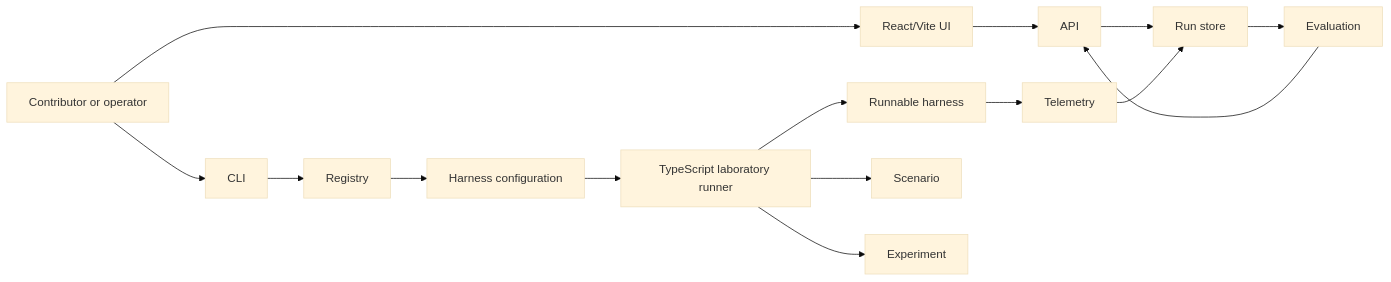
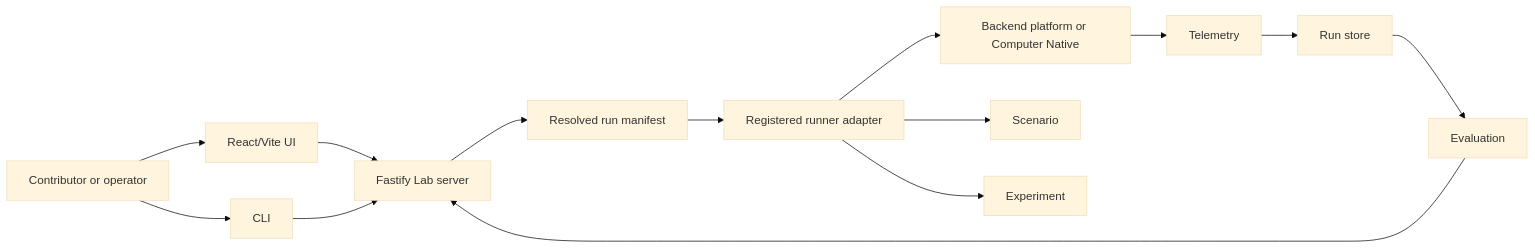
The second of 2 diagrams in docs/architecture/system-overview.md (iamenochchirima/agents-lab), drawn with Mermaid (base theme) before and after one commit. The commit also changed other lines of this file and 126 other files, not shown here.

Commit message:
chore: establish computer native architecture

````diff
--- a/docs/architecture/system-overview.md
+++ b/docs/architecture/system-overview.md
@@ -55,31 +54,29 @@
 ```mermaid
 flowchart LR
   User[Contributor or operator]
   UI[React/Vite UI]
   CLI[CLI]
-  API[API]
-  Registry[Registry]
-  Runner[TypeScript laboratory runner]
-  Config[Harness configuration]
-  Harness[Runnable harness]
+  Server[Fastify Lab server]
+  Config[Resolved run manifest]
+  Runner[Registered runner adapter]
+  Implementation[Backend platform or Computer Native]
   Scenario[Scenario]
   Experiment[Experiment]
   Telemetry[Telemetry]
   Store[Run store]
   Evaluation[Evaluation]
 
   User --> UI
-  UI --> API
+  UI --> Server
   User --> CLI
-  CLI --> Registry
-  API --> Store
-  Registry --> Config
+  CLI --> Server
+  Server --> Config
   Config --> Runner
-  Runner --> Harness
+  Runner --> Implementation
   Runner --> Scenario
   Runner --> Experiment
-  Harness --> Telemetry
+  Implementation --> Telemetry
   Telemetry --> Store
   Store --> Evaluation
-  Evaluation --> API
+  Evaluation --> Server
 ```
````
